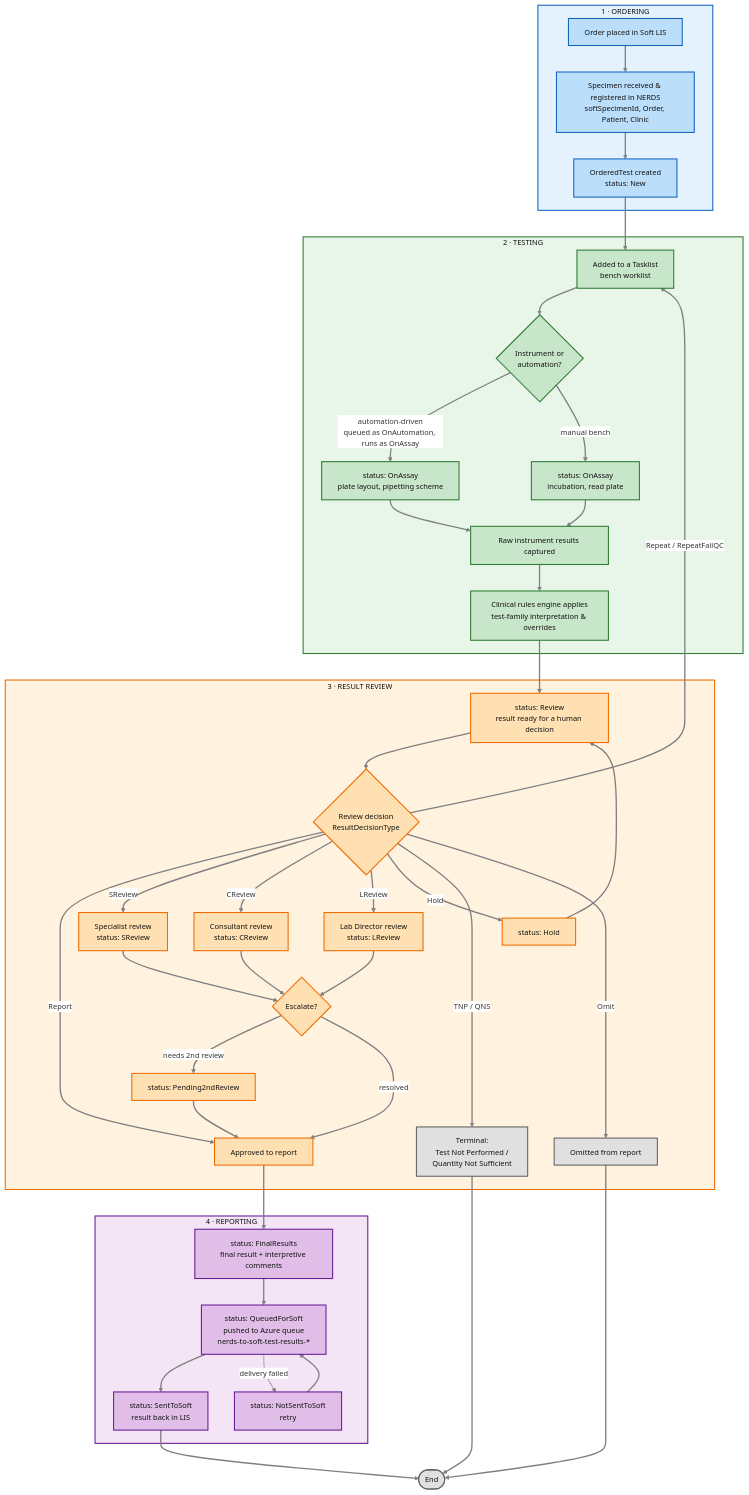
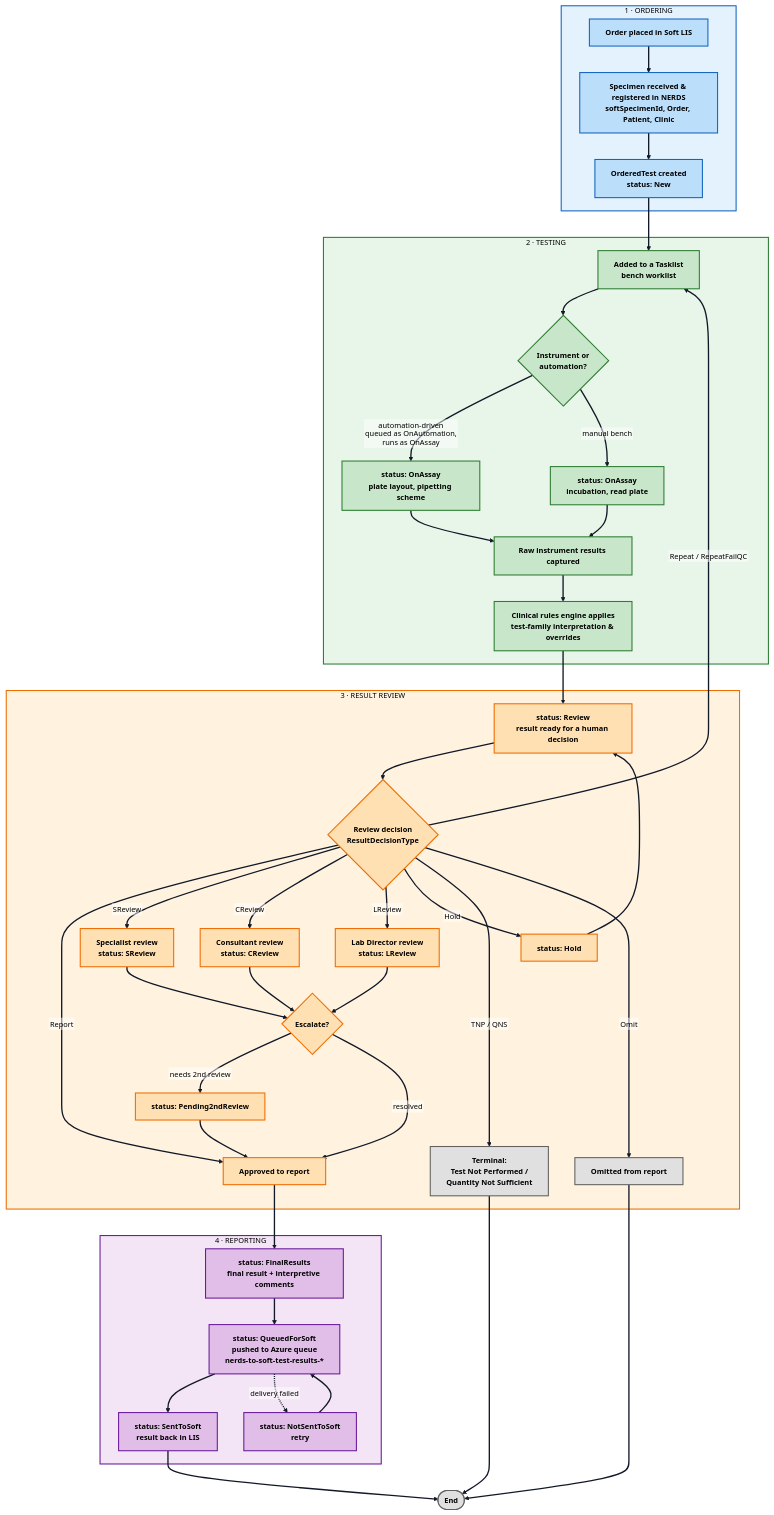
The first of 2 diagrams in src/assets/pages/app-resources/nerds/appDetails/00step/clinical-workflow/clinical-workflow.md (fengyanglin09/my-work-dashboard-app), drawn with Mermaid before and after one commit. The commit also changed other lines of this file and 35 other files, not shown here.

Commit message:
Add new mermaid diagrams for workflow and testing processes

````diff
--- a/src/assets/pages/app-resources/nerds/appDetails/00step/clinical-workflow/clinical-workflow.md
+++ b/src/assets/pages/app-resources/nerds/appDetails/00step/clinical-workflow/clinical-workflow.md
@@ -45,73 +45,73 @@
 ```mermaid
-%%{init: {"theme":"base", "themeVariables":{"background":"#ffffff","lineColor":"#808080","edgeLabelBackground":"#ffffff","fontSize":"14px"}, "flowchart":{"curve":"basis"}}}%%
+%%{init: {"theme":"base", "themeVariables":{"background":"#ffffff","mainBkg":"#ffffff","primaryColor":"#f8fafc","primaryTextColor":"#000000","primaryBorderColor":"#111827","secondaryColor":"#f8fafc","secondaryTextColor":"#000000","secondaryBorderColor":"#111827","tertiaryColor":"#f8fafc","tertiaryTextColor":"#000000","tertiaryBorderColor":"#111827","lineColor":"#111827","defaultLinkColor":"#111827","nodeTextColor":"#000000","textColor":"#000000","titleColor":"#000000","edgeLabelBackground":"#ffffff","clusterBkg":"#f8fafc","clusterBorder":"#111827","fontSize":"14px"}, "themeCSS":".nodeLabel,.nodeLabel *,.edgeLabel,.edgeLabel *,.cluster-label,.cluster-label *,.label,.label *,foreignObject,foreignObject *,text,tspan{color:#000000 !important;fill:#000000 !important;font-weight:700 !important;}.edgeLabel rect,.labelBkg{fill:#ffffff !important;opacity:0.96 !important;}", "flowchart":{"curve":"basis","htmlLabels":false}}}%%
 flowchart TD
     subgraph ORDER["1 · ORDERING"]
         A[Order placed in Soft LIS] --> B[Specimen received & registered in NERDS<br/>softSpecimenId, Order, Patient, Clinic]
         B --> C[OrderedTest created<br/>status: New]
     end
 
     subgraph TEST["2 · TESTING"]
         C --> D[Added to a Tasklist<br/>bench worklist]
         D --> E{Instrument or<br/>automation?}
         E -->|automation-driven<br/>queued as OnAutomation, runs as OnAssay| F[status: OnAssay<br/>plate layout, pipetting scheme]
         E -->|manual bench| G[status: OnAssay<br/>incubation, read plate]
         F --> H[Raw instrument results captured]
         G --> H
         H --> I[Clinical rules engine applies<br/>test-family interpretation & overrides]
     end
 
     subgraph REVIEW["3 · RESULT REVIEW"]
         I --> J[status: Review<br/>result ready for a human decision]
         J --> K{Review decision<br/>ResultDecisionType}
         K -->|Report| REPORTOK[Approved to report]
         K -->|Repeat / RepeatFailQC| D
         K -->|SReview| S[Specialist review<br/>status: SReview]
         K -->|CReview| CR[Consultant review<br/>status: CReview]
         K -->|LReview| LR[Lab Director review<br/>status: LReview]
         K -->|Hold| HOLD[status: Hold]
         K -->|TNP / QNS| TERM[Terminal:<br/>Test Not Performed /<br/>Quantity Not Sufficient]
         K -->|Omit| OMIT[Omitted from report]
 
         S --> ESC{Escalate?}
         CR --> ESC
         LR --> ESC
         ESC -->|needs 2nd review| P2[status: Pending2ndReview]
         ESC -->|resolved| REPORTOK
         P2 --> REPORTOK
         HOLD --> J
     end
 
     subgraph REPORT["4 · REPORTING"]
         REPORTOK --> FR[status: FinalResults<br/>final result + interpretive comments]
         FR --> Q[status: QueuedForSoft<br/>pushed to Azure queue<br/>nerds-to-soft-test-results-*]
         Q --> SENT[status: SentToSoft<br/>result back in LIS]
         Q -.->|delivery failed| NS[status: NotSentToSoft<br/>retry]
         NS --> Q
     end
 
     TERM --> DONE([End])
     OMIT --> DONE
     SENT --> DONE
 
     %% ---- color the NODES (near-black text for high contrast) ----
-    classDef order  fill:#bbdefb,stroke:#1565c0,stroke-width:2px,color:#111111;
-    classDef test   fill:#c8e6c9,stroke:#2e7d32,stroke-width:2px,color:#111111;
-    classDef review fill:#ffe0b2,stroke:#ef6c00,stroke-width:2px,color:#111111;
-    classDef report fill:#e1bee7,stroke:#6a1b9a,stroke-width:2px,color:#111111;
-    classDef term   fill:#e0e0e0,stroke:#616161,stroke-width:2px,color:#111111;
+    classDef order  fill:#bbdefb,stroke:#1565c0,stroke-width:2px,color:#000000,font-weight:700;
+    classDef test   fill:#c8e6c9,stroke:#2e7d32,stroke-width:2px,color:#000000,font-weight:700;
+    classDef review fill:#ffe0b2,stroke:#ef6c00,stroke-width:2px,color:#000000,font-weight:700;
+    classDef report fill:#e1bee7,stroke:#6a1b9a,stroke-width:2px,color:#000000,font-weight:700;
+    classDef term   fill:#e0e0e0,stroke:#616161,stroke-width:2px,color:#000000,font-weight:700;
 
     class A,B,C order;
     class D,E,F,G,H,I test;
     class J,K,S,CR,LR,HOLD,ESC,P2,REPORTOK review;
     class FR,Q,SENT,NS report;
     class TERM,OMIT,DONE term;
 
     %% subgraph backgrounds + explicit dark label color (so titles show in dark themes)
-    style ORDER  fill:#e3f2fd,stroke:#1565c0,stroke-width:2px,color:#111111
-    style TEST   fill:#e8f5e9,stroke:#2e7d32,stroke-width:2px,color:#111111
-    style REVIEW fill:#fff3e0,stroke:#ef6c00,stroke-width:2px,color:#111111
-    style REPORT fill:#f3e5f5,stroke:#6a1b9a,stroke-width:2px,color:#111111
+    style ORDER  fill:#e3f2fd,stroke:#1565c0,stroke-width:2px,color:#000000,font-weight:700
+    style TEST   fill:#e8f5e9,stroke:#2e7d32,stroke-width:2px,color:#000000,font-weight:700
+    style REVIEW fill:#fff3e0,stroke:#ef6c00,stroke-width:2px,color:#000000,font-weight:700
+    style REPORT fill:#f3e5f5,stroke:#6a1b9a,stroke-width:2px,color:#000000,font-weight:700
 
     %% mid-gray lines: visible on BOTH a dark canvas and the light boxes
-    linkStyle default stroke:#808080,stroke-width:2.5px
+    linkStyle default stroke:#111827,stroke-width:2.5px
 ```
````
